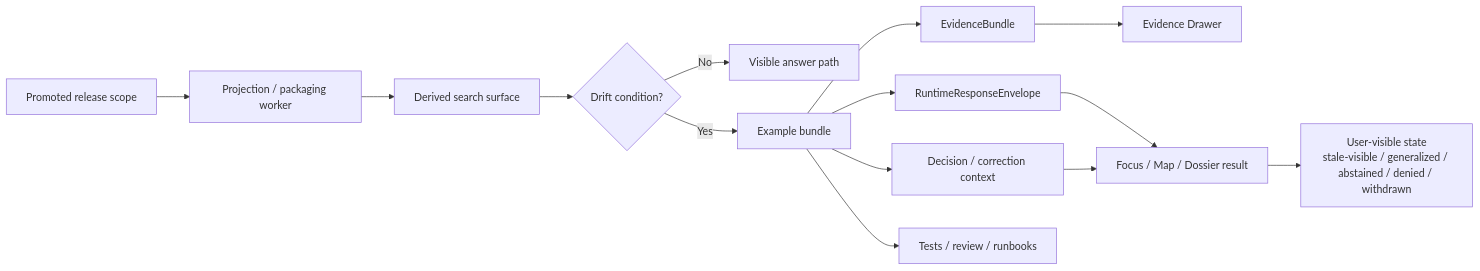
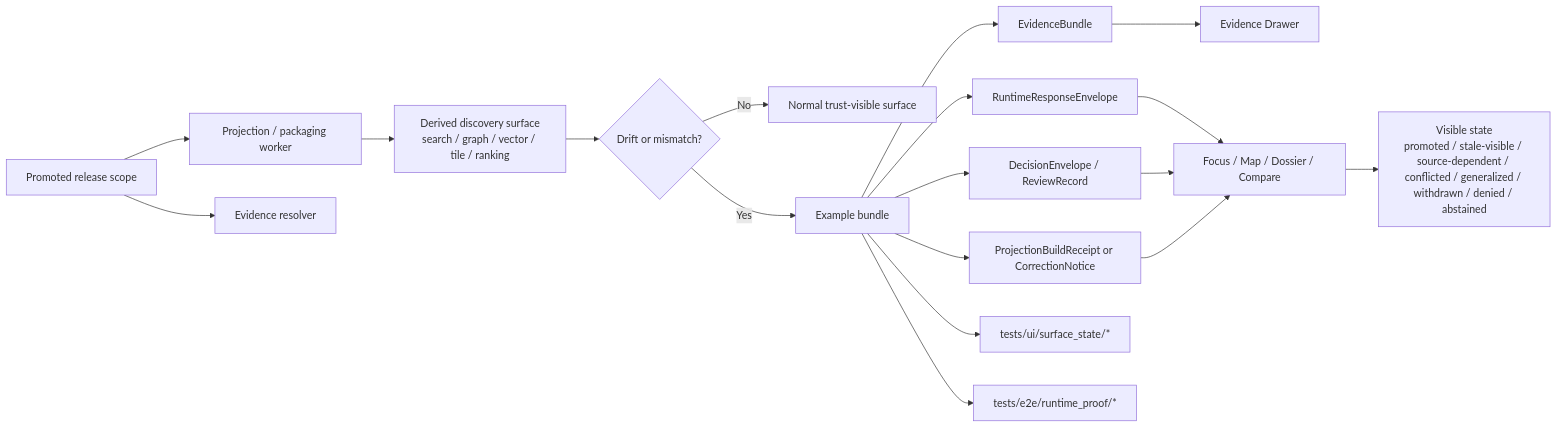
The diagram in docs/search/drift/examples/README.md (bartytime4life/Kansas-Frontier-Matrix), drawn with Mermaid before and after one commit. The commit also changed other lines of this file, not shown here.

First line of the commit message:
Revise README for search drift examples clarity

````diff
--- a/docs/search/drift/examples/README.md
+++ b/docs/search/drift/examples/README.md
@@ -254,16 +306,20 @@
 ```mermaid
 flowchart LR
     A[Promoted release scope] --> B[Projection / packaging worker]
-    B --> C[Derived search surface]
-    C --> D{Drift condition?}
-    D -- No --> E[Visible answer path]
-    D -- Yes --> F[Example bundle]
-    F --> G[EvidenceBundle]
-    F --> H[RuntimeResponseEnvelope]
-    F --> I[Decision / correction context]
-    G --> J[Evidence Drawer]
-    H --> K[Focus / Map / Dossier result]
-    I --> K
-    K --> L[User-visible state<br/>stale-visible / generalized / abstained / denied / withdrawn]
-    F --> M[Tests / review / runbooks]
+    A --> C[Evidence resolver]
+    B --> D[Derived discovery surface<br/>search / graph / vector / tile / ranking]
+    D --> E{Drift or mismatch?}
+    E -- No --> F[Normal trust-visible surface]
+    E -- Yes --> G[Example bundle]
+    G --> H[EvidenceBundle]
+    G --> I[RuntimeResponseEnvelope]
+    G --> J[DecisionEnvelope / ReviewRecord]
+    G --> K[ProjectionBuildReceipt or CorrectionNotice]
+    H --> L[Evidence Drawer]
+    I --> M[Focus / Map / Dossier / Compare]
+    J --> M
+    K --> M
+    M --> N[Visible state<br/>promoted / stale-visible / source-dependent / conflicted / generalized / withdrawn / denied / abstained]
+    G --> O[tests/ui/surface_state/*]
+    G --> P[tests/e2e/runtime_proof/*]
 ```
````
